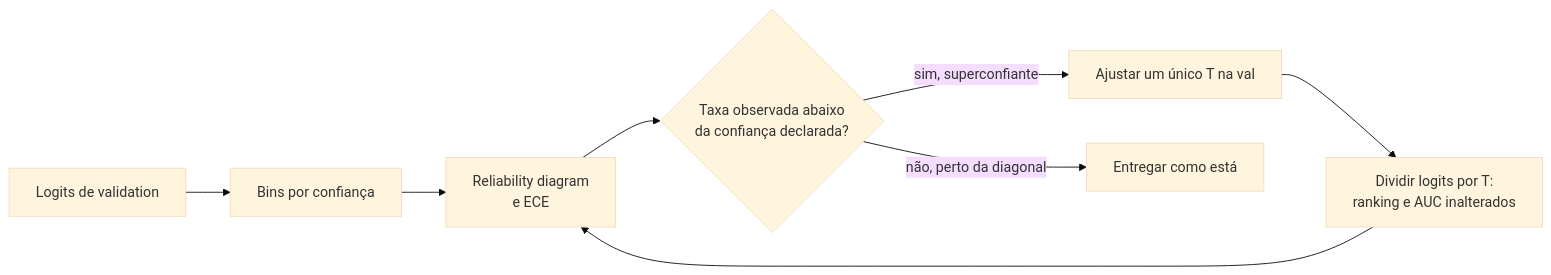
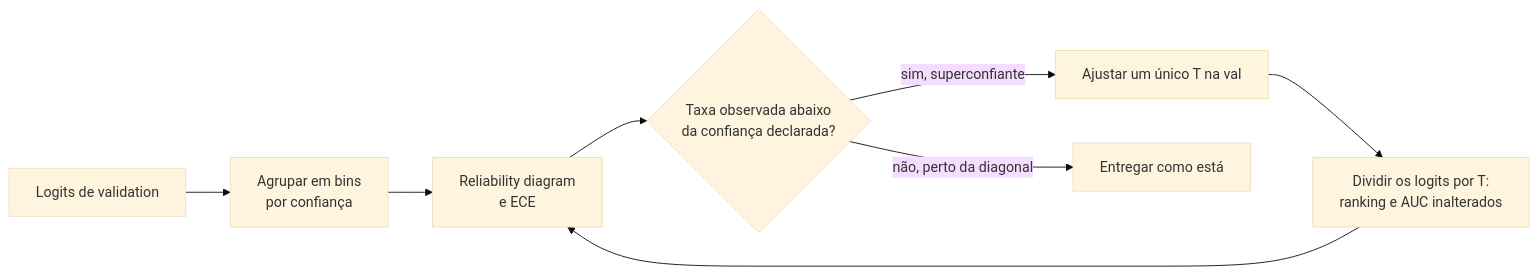
One commit to andrevberaldo/AI-Engineer-Interview-Questions changed the ninth of 27 diagrams in 01-ml-and-dl-foundations/questions.pt-BR.md. Above: the diagram before and after it, drawn with Mermaid (base theme). The commit also changed other lines of this file, not shown here.

````diff
--- a/01-ml-and-dl-foundations/questions.pt-BR.md
+++ b/01-ml-and-dl-foundations/questions.pt-BR.md
@@ -484,10 +484,10 @@
 ```mermaid
 flowchart LR
-    A["Logits de validation"] --> B["Bins por confiança"]
+    A["Logits de validation"] --> B["Agrupar em bins<br/>por confiança"]
     B --> C["Reliability diagram<br/>e ECE"]
     C --> D{"Taxa observada abaixo<br/>da confiança declarada?"}
     D -->|"sim, superconfiante"| E["Ajustar um único T na val"]
     D -->|"não, perto da diagonal"| F["Entregar como está"]
-    E --> G["Dividir logits por T:<br/>ranking e AUC inalterados"]
+    E --> G["Dividir os logits por T:<br/>ranking e AUC inalterados"]
     G --> C
 ```
````
